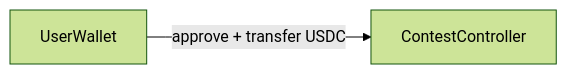
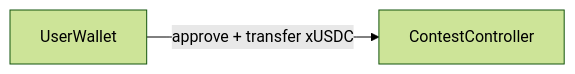
The second of 3 diagrams in REMOVE_PLATFORM_TOKEN.md (MagRelo/cut), drawn with Mermaid (forest theme) before and after one commit. The commit also changed other lines of this file, not shown here.

First line of the commit message:
Refactor token management to transition from platformToken to xUSDC on Base Sepolia

````diff
--- a/REMOVE_PLATFORM_TOKEN.md
+++ b/REMOVE_PLATFORM_TOKEN.md
@@ -25,4 +37,4 @@
 ```mermaid
 flowchart LR
-  UserWallet -->|"approve + transfer USDC"| ContestController
+  UserWallet -->|"approve + transfer xUSDC"| ContestController
 ```
````
